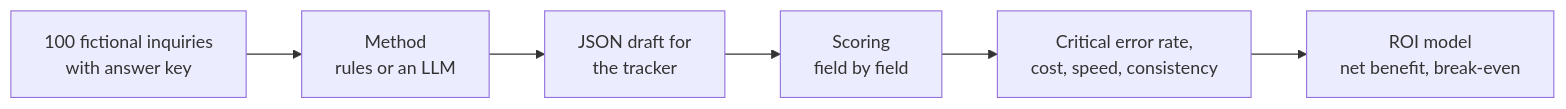
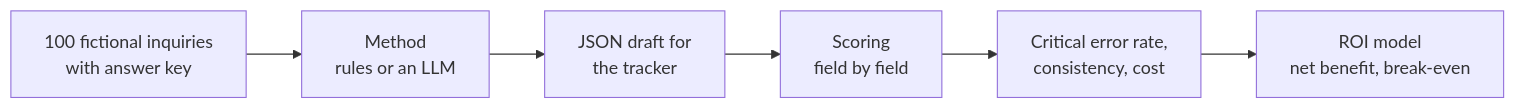
The diagram in README.md (hql7-luo/llm-selection-roi), drawn with Mermaid before and after one commit. The commit also changed other lines of this file and 46 other files, not shown here.

````diff
--- a/README.md
+++ b/README.md
@@ -54,8 +61,8 @@
 ```mermaid
 flowchart LR
     A[100 fictional inquiries<br/>with answer key] --> B[Method<br/>rules or an LLM]
     B --> C[JSON draft for<br/>the tracker]
     C --> D[Scoring<br/>field by field]
-    D --> E[Critical error rate,<br/>cost, speed, consistency]
+    D --> E[Critical error rate,<br/>consistency, cost]
     E --> F[ROI model<br/>net benefit, break-even]
 ```
````
